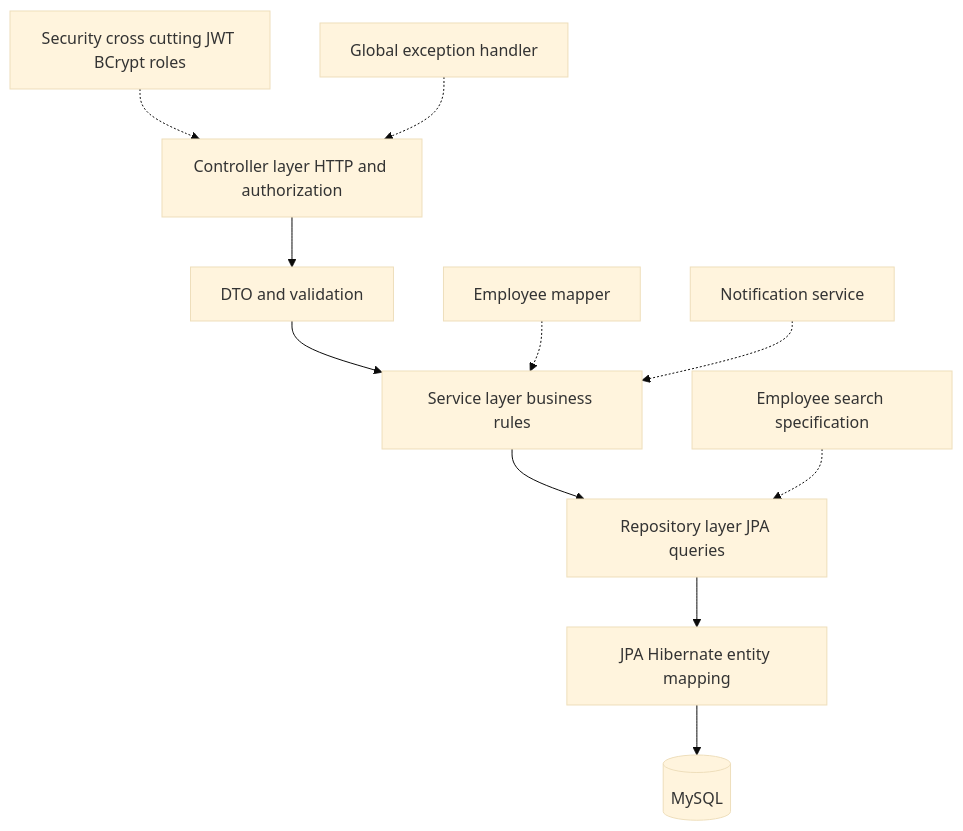
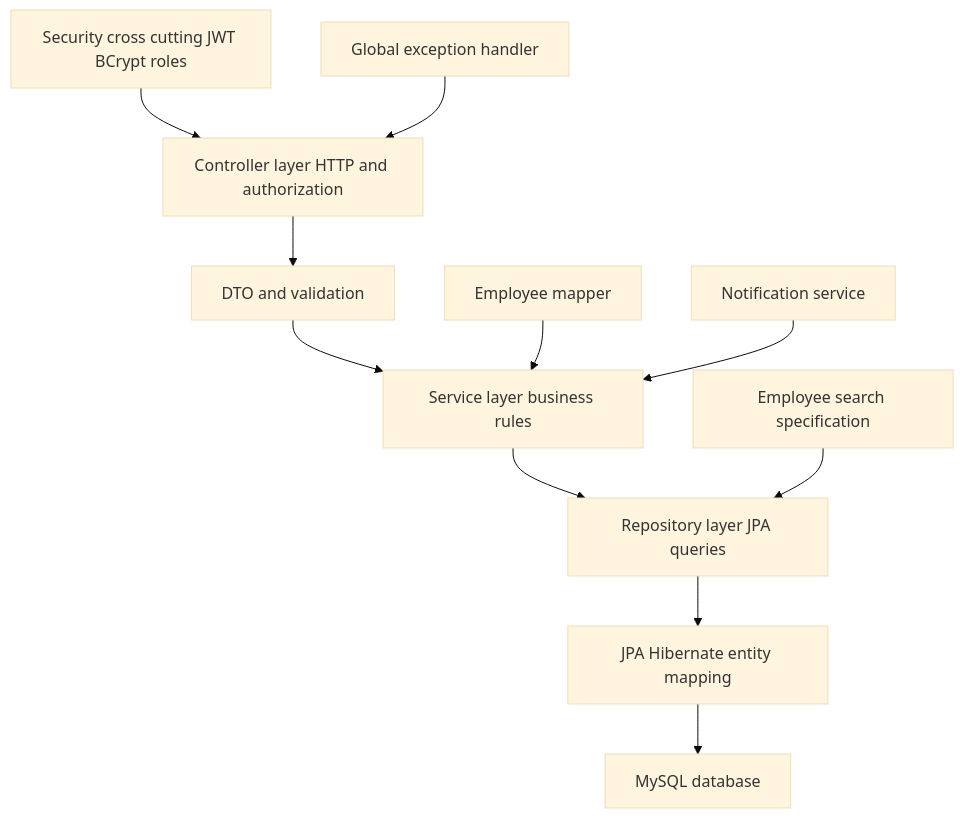
Before and after one commit to Lalmohan04/employee-management-system: the third of 10 diagrams in docs/ARCHITECTURE.md, drawn with Mermaid (base theme). The commit also changed other lines of this file, not shown here.

First line of the commit message:
docs: simplify remaining Mermaid flow diagrams

````diff
--- a/docs/ARCHITECTURE.md
+++ b/docs/ARCHITECTURE.md
@@ -128,14 +117,14 @@
 ```mermaid
 graph TD
     C[Controller layer HTTP and authorization] --> V[DTO and validation]
     V --> S[Service layer business rules]
     S --> R[Repository layer JPA queries]
     R --> J[JPA Hibernate entity mapping]
-    J --> D[(MySQL)]
+    J --> D[MySQL database]
 
-    SEC[Security cross cutting JWT BCrypt roles] -.-> C
-    EX[Global exception handler] -.-> C
-    MAP[Employee mapper] -.-> S
-    SPEC[Employee search specification] -.-> R
-    NOTE[Notification service] -.-> S
+    SEC[Security cross cutting JWT BCrypt roles] --> C
+    EX[Global exception handler] --> C
+    MAP[Employee mapper] --> S
+    SPEC[Employee search specification] --> R
+    NOTE[Notification service] --> S
 ```
````
